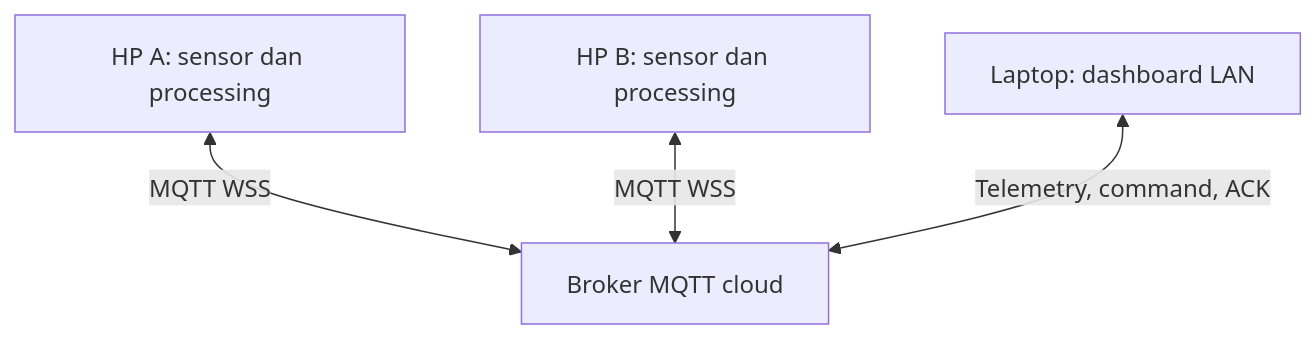
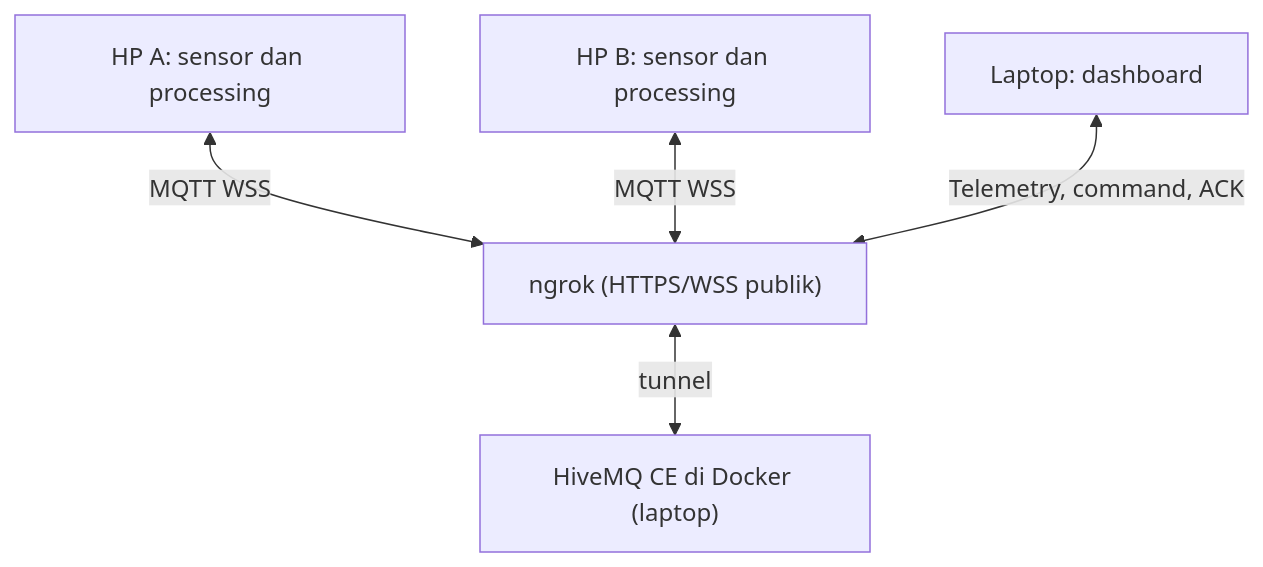
Before and after one commit to faadd/SigHeat: the diagram in README.md, drawn with Mermaid. The commit also changed other lines of this file, not shown here.

````diff
--- a/README.md
+++ b/README.md
@@ -15,6 +15,7 @@
 ```mermaid
 flowchart TB
-  A["HP A: sensor dan processing"] <-->|"MQTT WSS"| M["Broker MQTT cloud"]
-  B["HP B: sensor dan processing"] <-->|"MQTT WSS"| M
-  L["Laptop: dashboard LAN"] <-->|"Telemetry, command, ACK"| M
+  A["HP A: sensor dan processing"] <-->|"MQTT WSS"| N["ngrok (HTTPS/WSS publik)"]
+  B["HP B: sensor dan processing"] <-->|"MQTT WSS"| N
+  N <-->|"tunnel"| M["HiveMQ CE di Docker (laptop)"]
+  L["Laptop: dashboard"] <-->|"Telemetry, command, ACK"| N
 ```
````
